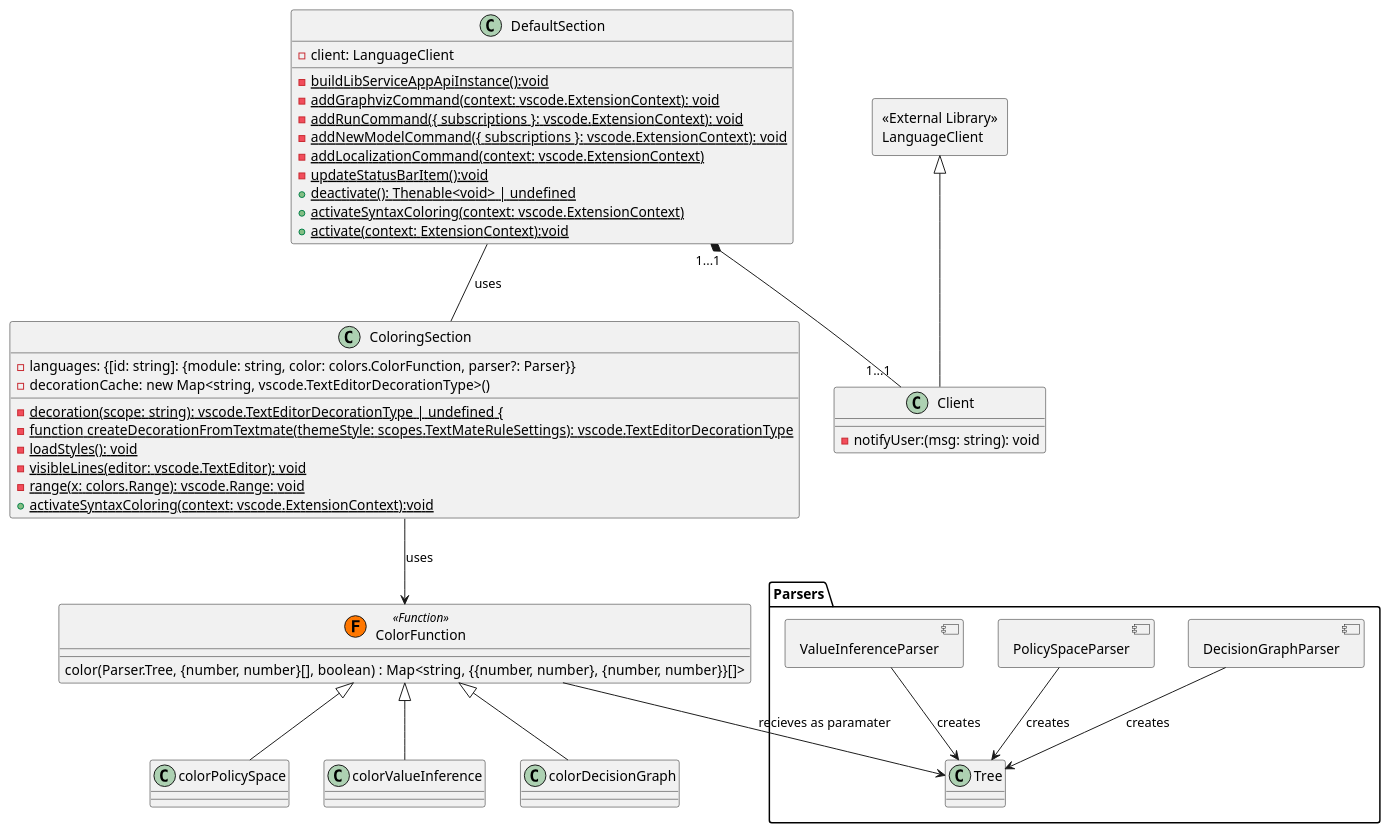
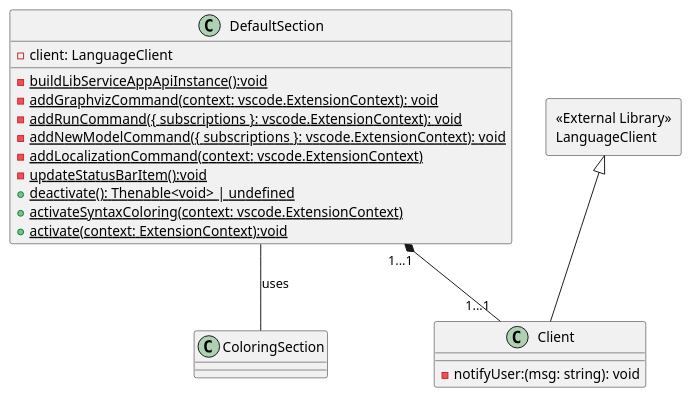
The diagram in diagrams/client/ExtensionClassDiagram.puml (wolfj123/PolicyModelsPlugin), drawn with PlantUML before and after one commit. The commit also changed 1 other file, not shown here.

Commit message:
updated color section in diagrams

```diff
--- a/diagrams/client/ExtensionClassDiagram.puml
+++ b/diagrams/client/ExtensionClassDiagram.puml
@@ -1,81 +1,39 @@
 @startuml
 
 
 class DefaultSection {
     - client: LanguageClient
 
     - {static} buildLibServiceAppApiInstance():void
     - {static} addGraphvizCommand(context: vscode.ExtensionContext): void
     - {static} addRunCommand({ subscriptions }: vscode.ExtensionContext): void
     - {static} addNewModelCommand({ subscriptions }: vscode.ExtensionContext): void
     - {static} addLocalizationCommand(context: vscode.ExtensionContext)
     - {static} updateStatusBarItem():void
     + {static} deactivate(): Thenable<void> | undefined
     + {static} activateSyntaxColoring(context: vscode.ExtensionContext)
     + {static} activate(context: ExtensionContext):void
 }
 
 rectangle extConnection [
     <<External Library>>
     LanguageClient
 ]
 
 
 class Client extends extConnection{
     - notifyUser:(msg: string): void
 }
 
 
 class ColoringSection {
-    - languages: {[id: string]: {module: string, color: colors.ColorFunction, parser?: Parser}}
-    {field}- decorationCache: new Map<string, vscode.TextEditorDecorationType>()
-
-    -{static} decoration(scope: string): vscode.TextEditorDecorationType | undefined {
-    -{static} function createDecorationFromTextmate(themeStyle: scopes.TextMateRuleSettings): vscode.TextEditorDecorationType
-    -{static} loadStyles(): void
-    -{static} visibleLines(editor: vscode.TextEditor): void
-    -{static}  range(x: colors.Range): vscode.Range: void
-    +{static} activateSyntaxColoring(context: vscode.ExtensionContext):void 
 }
 
 
 
 
 DefaultSection "1...1" *-- "1...1" Client
 DefaultSection -- ColoringSection : uses
 
 
-
-' Color description
-allowmixing
-
-package Parsers {
-    component DecisionGraphParser
-    component PolicySpaceParser
-    component ValueInferenceParser
-    class Tree
-
-	DecisionGraphParser --> Tree : "creates"
-	PolicySpaceParser --> Tree : "creates"
-	ValueInferenceParser --> Tree : "creates"
-}
-
-class ColorFunction << (F,#FF7700) Function>>{
-	color(Parser.Tree, {number, number}[], boolean) : Map<string, {{number, number}, {number, number}}[]>
-}
-
-
-class colorDecisionGraph extends ColorFunction {	
-}
-
-class colorPolicySpace extends ColorFunction {	
-}
-
-class colorValueInference extends ColorFunction {	
-}
-
-ColorFunction --> Tree : recieves as paramater
-ColoringSection --> ColorFunction : uses
-
-
 @enduml
```
